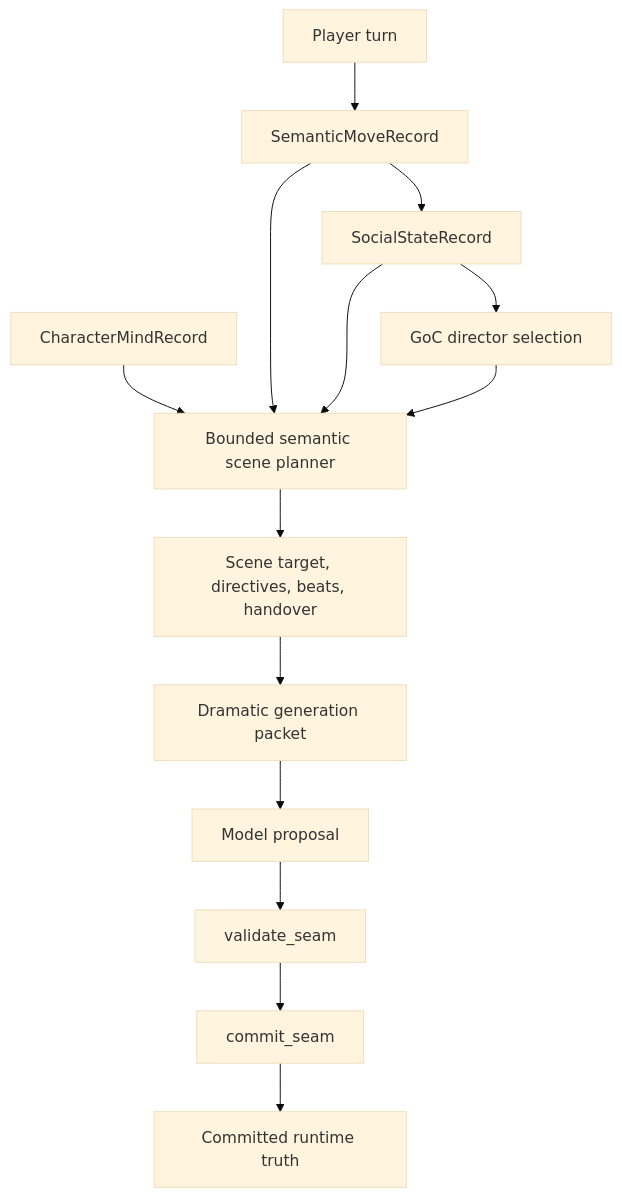
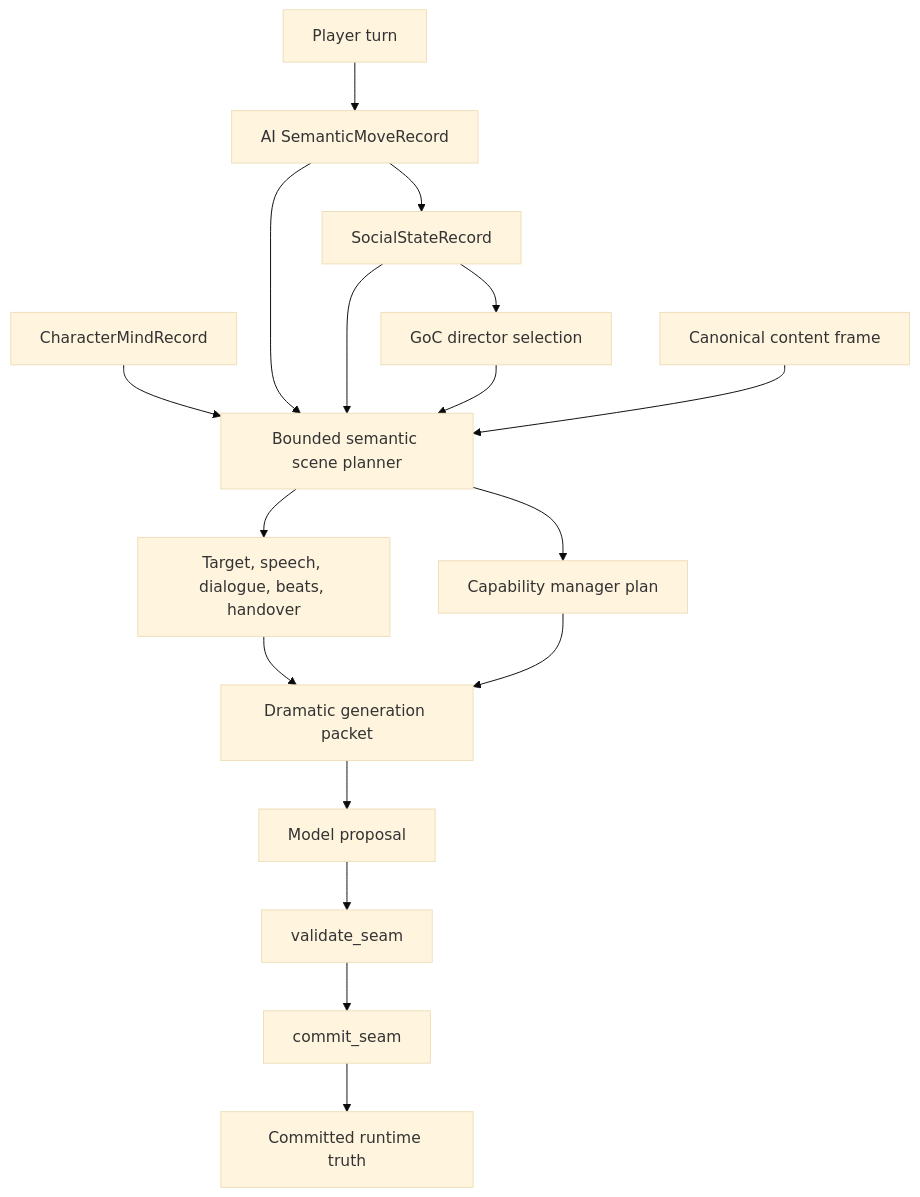
One commit to Held0fTheWelt/BLACKVEIN changed the diagram in docs/ADR/adr-0053-bounded-semantic-scene-planner.md. Above: the diagram before and after it, drawn with Mermaid (base theme). The commit also changed other lines of this file and 34 other files, not shown here.

````diff
--- a/docs/ADR/adr-0053-bounded-semantic-scene-planner.md
+++ b/docs/ADR/adr-0053-bounded-semantic-scene-planner.md
@@ -128,29 +184,34 @@
 ```mermaid
 flowchart TD
   IN["Player turn"]
-  SEM["SemanticMoveRecord"]
+  SEM["AI SemanticMoveRecord"]
   SOC["SocialStateRecord"]
   MIND["CharacterMindRecord"]
   DIR["GoC director selection"]
+  CONTENT["Canonical content frame"]
   PLAN["Bounded semantic scene planner"]
-  TARGET["Scene target, directives, beats, handover"]
+  TARGET["Target, speech, dialogue, beats, handover"]
+  CAP["Capability manager plan"]
   PACKET["Dramatic generation packet"]
   MODEL["Model proposal"]
   VAL["validate_seam"]
   COM["commit_seam"]
   TRUTH["Committed runtime truth"]
 
   IN --> SEM
   SEM --> SOC
   SOC --> DIR
   MIND --> PLAN
   SEM --> PLAN
   SOC --> PLAN
   DIR --> PLAN
+  CONTENT --> PLAN
   PLAN --> TARGET
+  PLAN --> CAP
   TARGET --> PACKET
+  CAP --> PACKET
   PACKET --> MODEL
   MODEL --> VAL
   VAL --> COM
   COM --> TRUTH
 ```
````
